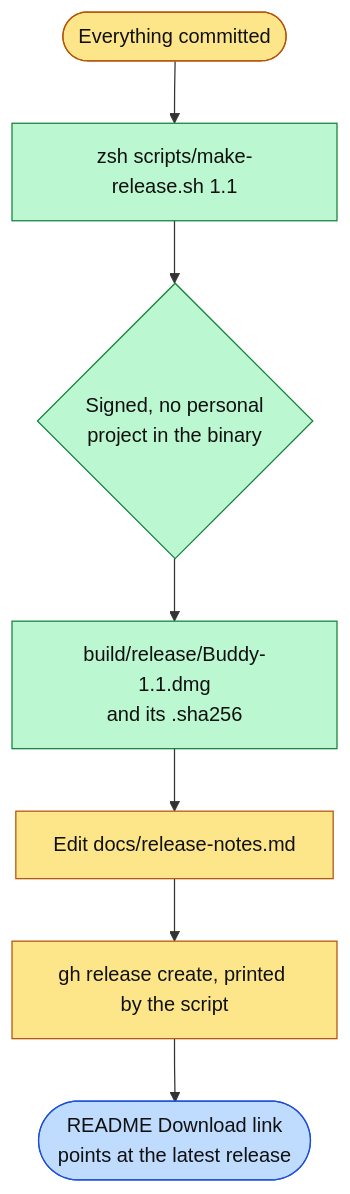
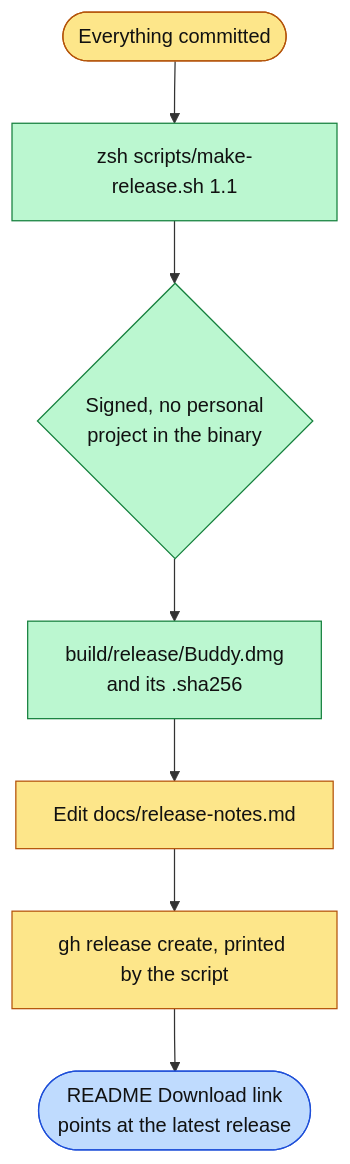
The diagram in docs/releasing.md (projects-hacks/buddy), drawn with Mermaid before and after one commit. The commit also changed other lines of this file and 4 other files, not shown here.

````diff
--- a/docs/releasing.md
+++ b/docs/releasing.md
@@ -5,13 +5,13 @@
 ```mermaid
 flowchart TD
     commit([Everything committed]):::you --> build[zsh scripts/make-release.sh 1.1]:::script
     build --> checks{Signed, no personal<br/>project in the binary}:::script
-    checks --> dmg[build/release/Buddy-1.1.dmg<br/>and its .sha256]:::script
+    checks --> dmg[build/release/Buddy.dmg<br/>and its .sha256]:::script
     dmg --> notes[Edit docs/release-notes.md]:::you
     notes --> publish[gh release create, printed by the script]:::you
     publish --> link([README Download link<br/>points at the latest release]):::web
 
     classDef you fill:#fde68a,stroke:#b45309,color:#111
     classDef script fill:#bbf7d0,stroke:#15803d,color:#111
     classDef web fill:#bfdbfe,stroke:#1d4ed8,color:#111
 ```
````
